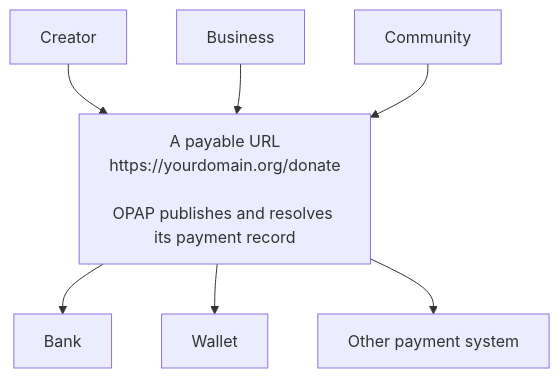
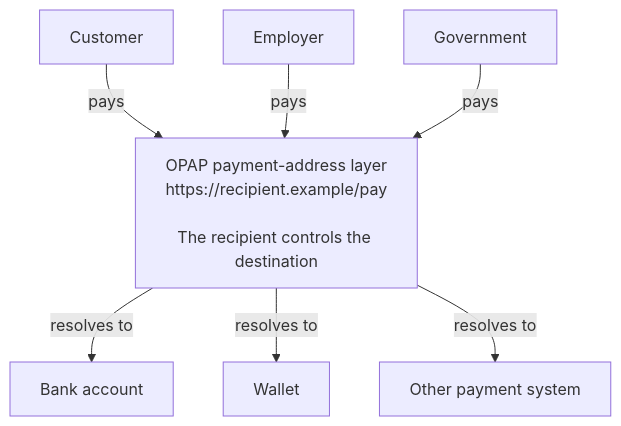
Before and after one commit to openpaymentaddress/protocol: the diagram in README.md, drawn with Mermaid. The commit also changed other lines of this file, not shown here.

````diff
--- a/README.md
+++ b/README.md
@@ -38,12 +20,12 @@
 ```mermaid
 flowchart TB
-    CREATOR["Creator"] --> OPID
-    BUSINESS["Business"] --> OPID
-    COMMUNITY["Community"] --> OPID
+    CUSTOMER["Customer"] -->|pays| ADDRESS
+    EMPLOYER["Employer"] -->|pays| ADDRESS
+    GOVERNMENT["Government"] -->|pays| ADDRESS
 
-    OPID["A payable URL<br/>https://yourdomain.org/donate<br/><br/>OPAP publishes and resolves its payment record"]
+    ADDRESS["OPAP payment-address layer<br/>https://recipient.example/pay<br/><br/>The recipient controls the destination"]
 
-    OPID --> BANK["Bank"]
-    OPID --> WALLET["Wallet"]
-    OPID --> OTHER["Other payment system"]
+    ADDRESS -->|resolves to| BANK["Bank account"]
+    ADDRESS -->|resolves to| WALLET["Wallet"]
+    ADDRESS -->|resolves to| OTHER["Other payment system"]
 ```
````
